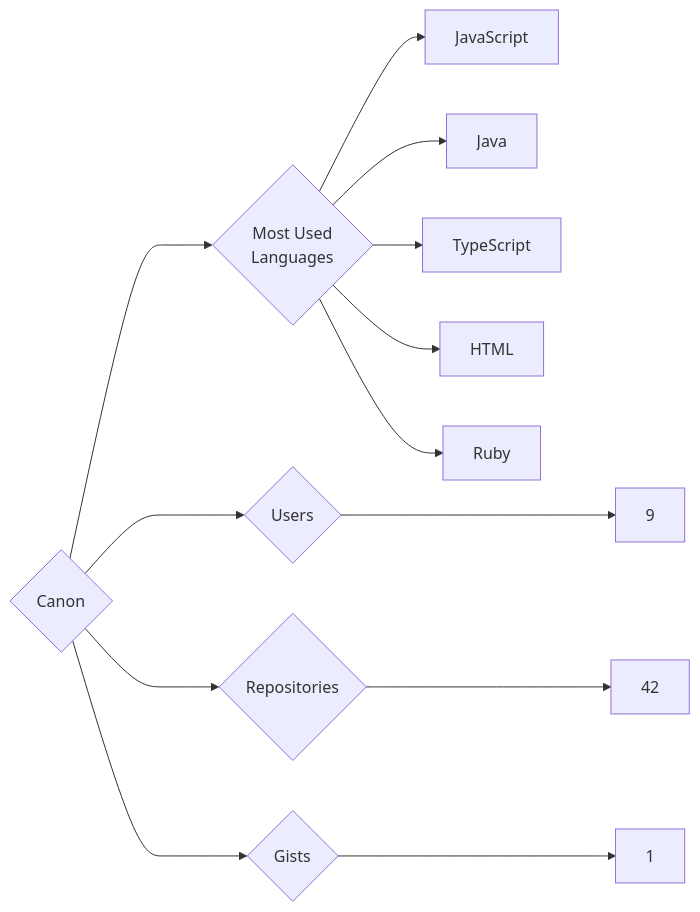
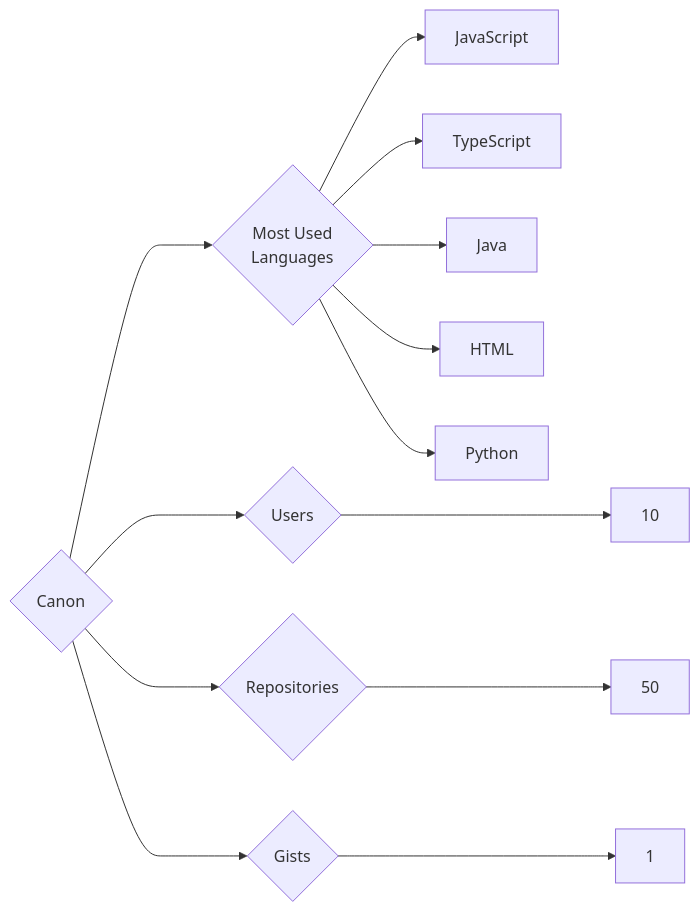
Before and after one commit to trickest/insiders: the diagram in targets/Canon/README.md, drawn with Mermaid. The commit also changed 644 other files, not shown here.

````diff
--- a/targets/Canon/README.md
+++ b/targets/Canon/README.md
@@ -3,13 +3,13 @@
 ```mermaid
 graph LR
 COMPANY_NAME{Canon}
-COMPANY_NAME ---> U{Users} ---> UN[9]
-COMPANY_NAME ---> R{Repositories} ---> RN[42]
+COMPANY_NAME ---> U{Users} ---> UN[10]
+COMPANY_NAME ---> R{Repositories} ---> RN[50]
 COMPANY_NAME ---> G{Gists} ---> GN[1]
 COMPANY_NAME ---> ML{Most Used<br>Languages}
 ML --> JavaScript[JavaScript]
+ML --> TypeScript[TypeScript]
 ML --> Java[Java]
-ML --> TypeScript[TypeScript]
 ML --> HTML[HTML]
-ML --> Ruby[Ruby]
+ML --> Python[Python]
 ```
````
